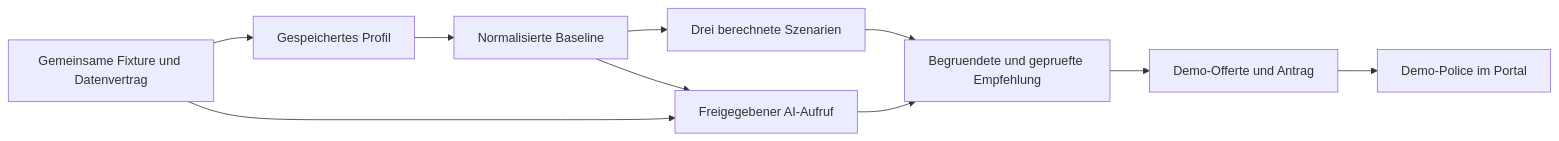
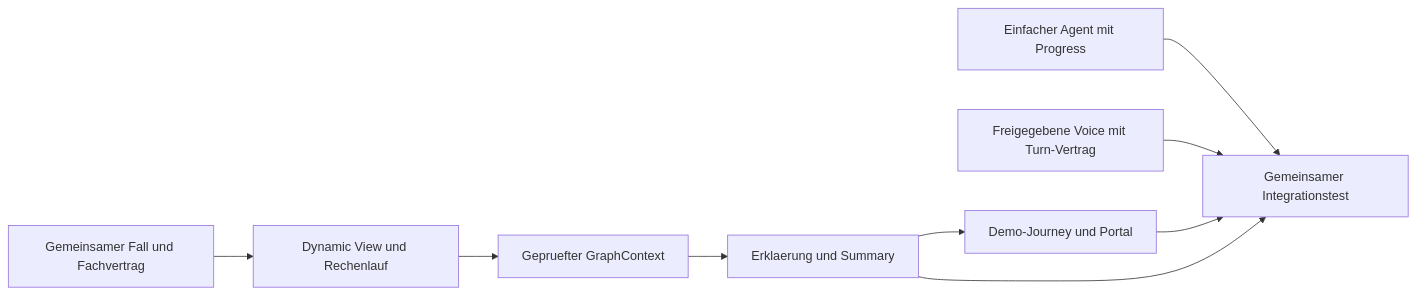
The third of 3 diagrams in documentation/baselhack/plans/implementation-plan.md (mannaluca02/basel_hack), drawn with Mermaid before and after one commit. The commit also changed other lines of this file and 12 other files, not shown here.

````diff
--- a/documentation/baselhack/plans/implementation-plan.md
+++ b/documentation/baselhack/plans/implementation-plan.md
@@ -1026,12 +1159,11 @@
 ```mermaid
 flowchart LR
-  F[Gemeinsame Fixture und Datenvertrag] --> P[Gespeichertes Profil]
-  P --> B[Normalisierte Baseline]
-  B --> S[Drei berechnete Szenarien]
-  S --> R[Begruendete und gepruefte Empfehlung]
-  R --> Q[Demo-Offerte und Antrag]
-  Q --> O[Demo-Police im Portal]
-  F --> A[Freigegebener AI-Aufruf]
-  A --> R
-  B --> A
+  C[Gemeinsamer Fall und Fachvertrag] --> G[Dynamic View und Rechenlauf]
+  G --> X[Gepruefter GraphContext]
+  X --> E[Erklaerung und Summary]
+  E --> J[Demo-Journey und Portal]
+  A[Einfacher Agent mit Progress] --> I[Gemeinsamer Integrationstest]
+  V[Freigegebene Voice mit Turn-Vertrag] --> I
+  J --> I
+  E --> I
 ```
````
